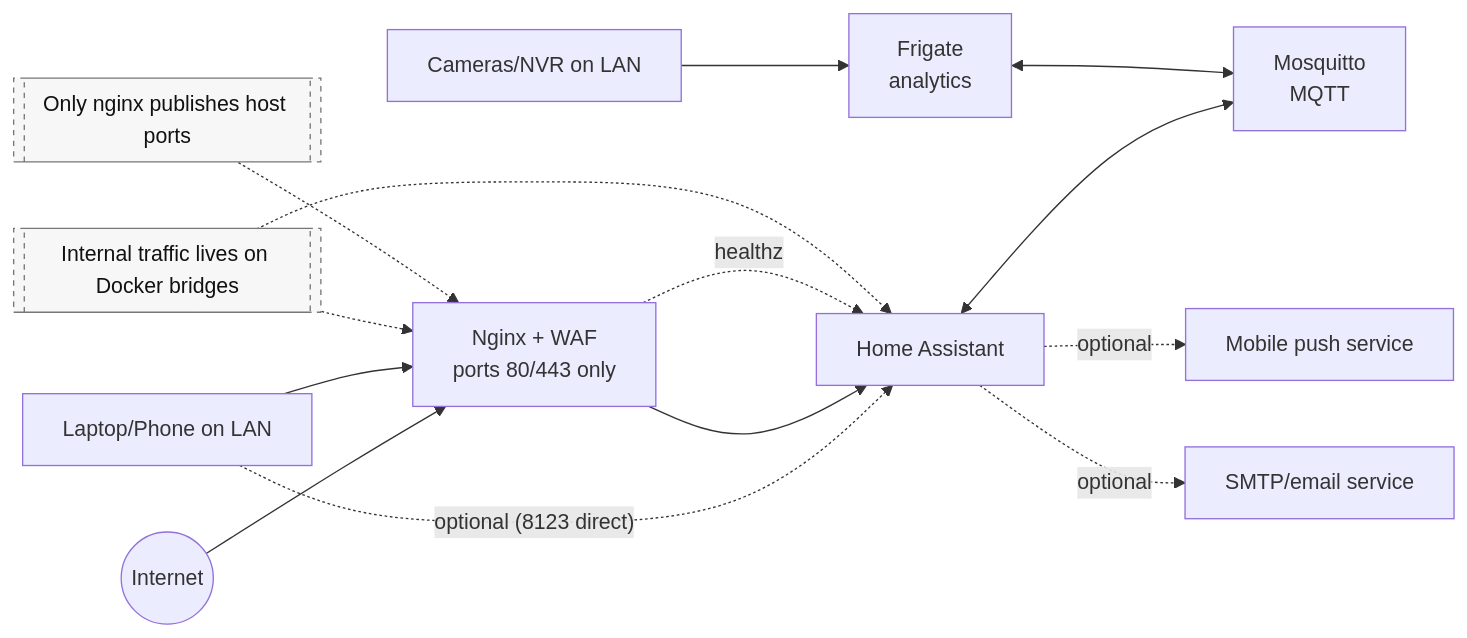
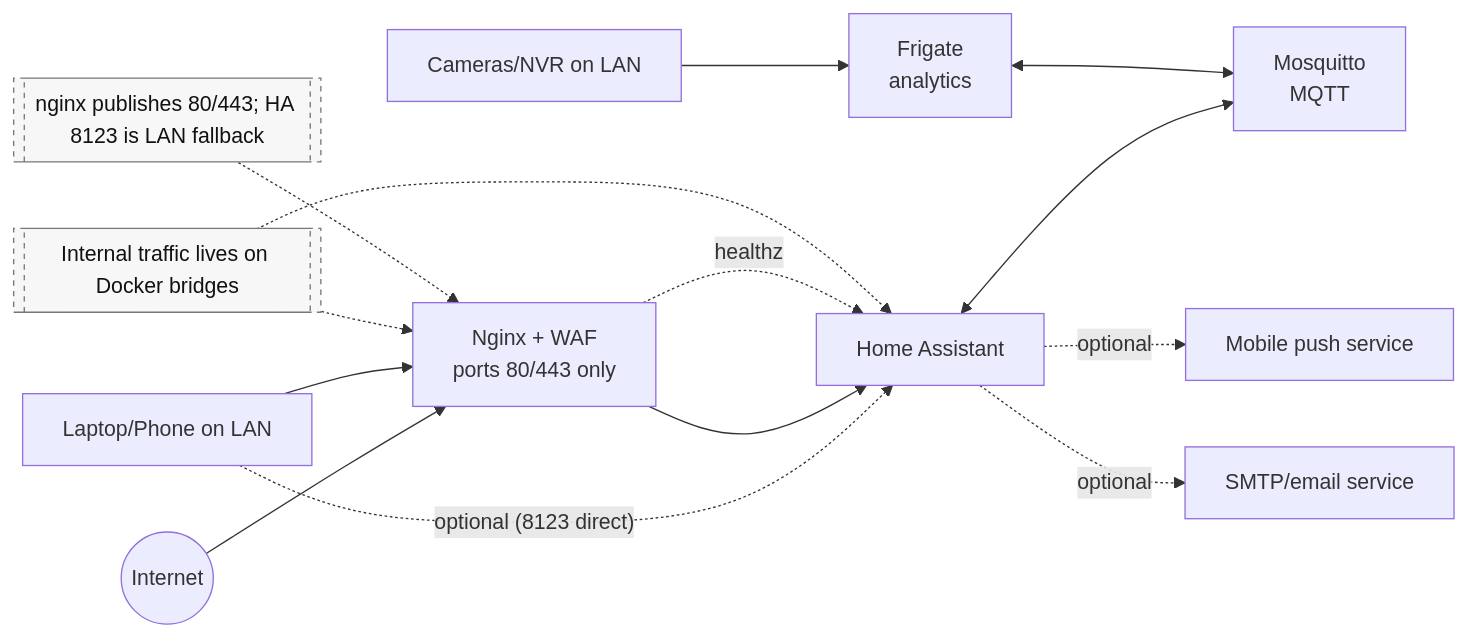
The diagram in docs/server-architecture.md (imELVEE/Frigate-Home-Server), drawn with Mermaid before and after one commit. The commit also changed other lines of this file and 14 other files, not shown here.

````diff
--- a/docs/server-architecture.md
+++ b/docs/server-architecture.md
@@ -36,20 +36,20 @@
 ```mermaid
 flowchart LR
   Internet((Internet)) --> Nginx[Nginx + WAF<br/>ports 80/443 only]
   LAN[Laptop/Phone on LAN] --> Nginx
   LAN -. optional (8123 direct) .-> HA
   Nginx --> HA[Home Assistant]
   HA <--> Mosquitto[Mosquitto<br/>MQTT]
   Frigate[Frigate<br/>analytics] <--> Mosquitto
   Cams[Cameras/NVR on LAN] --> Frigate
   Nginx -. healthz .-> HA
   HA -. optional .-> Push[Mobile push service]
   HA -. optional .-> Email[SMTP/email service]
   NoteBridges[[Internal traffic lives on Docker bridges]]:::note
-  NotePorts[[Only nginx publishes host ports]]:::note
+  NotePorts[[nginx publishes 80/443; HA 8123 is LAN fallback]]:::note
   NoteBridges -.-> Nginx
   NoteBridges -.-> HA
   NotePorts -.-> Nginx
 
   classDef note fill:#f7f7f7,stroke:#777,stroke-dasharray: 4 4,color:#111;
 ```
````
